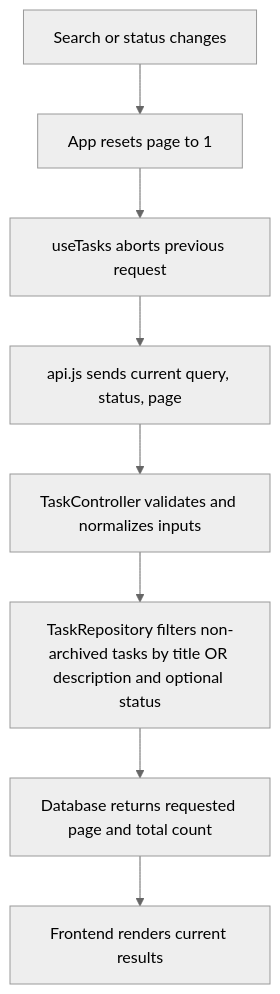
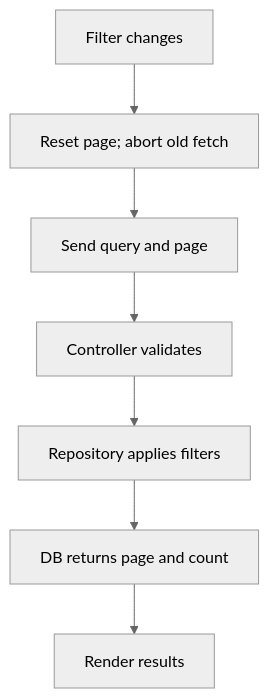
Before and after one commit to 1921raj/task-tracker-patch: the diagram in NOTES.md, drawn with Mermaid (neutral theme). The commit also changed other lines of this file, not shown here.

````diff
--- a/NOTES.md
+++ b/NOTES.md
@@ -17,10 +17,9 @@
 ```mermaid
 flowchart TD
-    A[Search or status changes] --> B[App resets page to 1]
-    B --> C[useTasks aborts previous request]
-    C --> D[api.js sends current query, status, page]
-    D --> E[TaskController validates and normalizes inputs]
-    E --> F[TaskRepository filters non-archived tasks by title OR description and optional status]
-    F --> G[Database returns requested page and total count]
-    G --> H[Frontend renders current results]
+    A[Filter changes] --> B[Reset page; abort old fetch]
+    B --> C[Send query and page]
+    C --> D[Controller validates]
+    D --> E[Repository applies filters]
+    E --> F[DB returns page and count]
+    F --> G[Render results]
 ```
````
